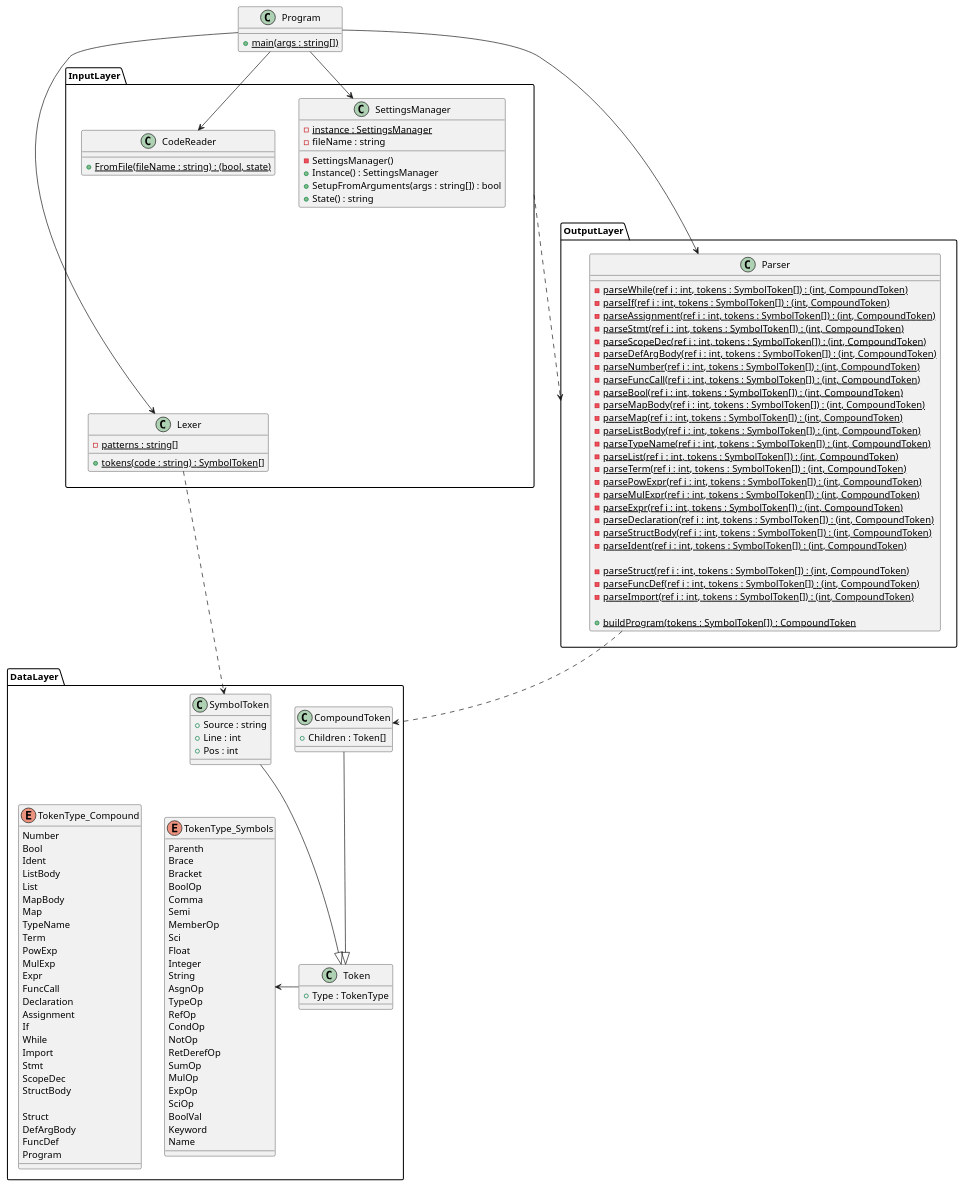
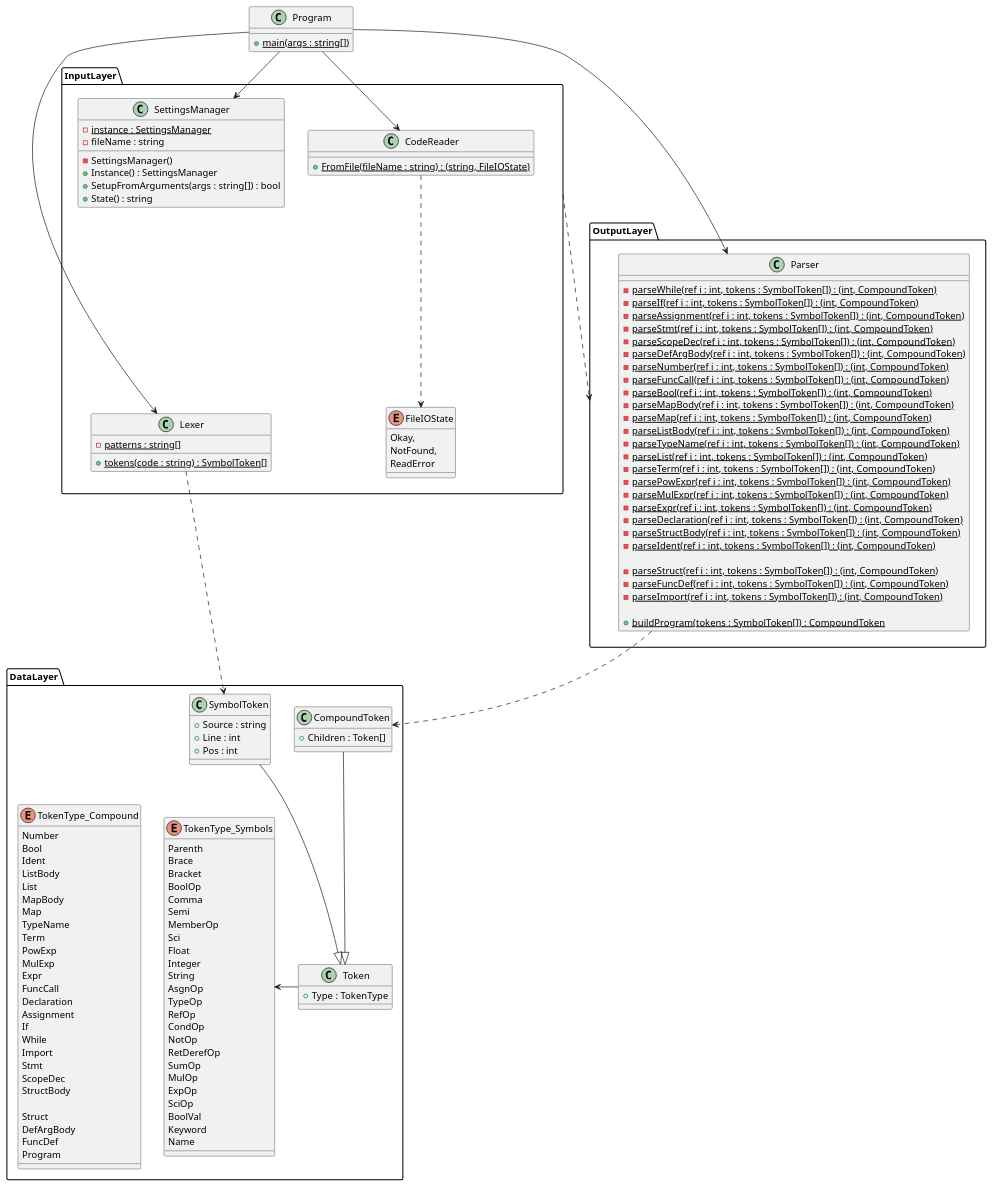
Before and after one commit to blueOkiris/dylan-script: the diagram in docs/parser.plantuml, drawn with PlantUML. The commit also changed 3 other files, not shown here.

```diff
--- a/docs/parser.plantuml
+++ b/docs/parser.plantuml
@@ -1,150 +1,157 @@
 @startuml parser-class
 
 class Program {
     + {static} main(args : string[])
 }
 
 namespace DataLayer {
     enum TokenType_Symbols {
         Parenth
         Brace
         Bracket
         BoolOp
         Comma
         Semi
         MemberOp
         Sci
         Float
         Integer
         String
         AsgnOp
         TypeOp
         RefOp
         CondOp
         NotOp
         RetDerefOp
         SumOp
         MulOp
         ExpOp
         SciOp
         BoolVal
         Keyword
         Name
     }
 
     enum TokenType_Compound {
         Number
         Bool
         Ident
         ListBody
         List
         MapBody
         Map
         TypeName
         Term
         PowExp
         MulExp
         Expr
         FuncCall
         Declaration
         Assignment
         If
         While
         Import
         Stmt
         ScopeDec
         StructBody
 
         Struct
         DefArgBody
         FuncDef
         Program
     }
 
     class Token {
         + Type : TokenType
     }
 
     class SymbolToken {
         + Source : string
         + Line : int
         + Pos : int
     }
 
     class CompoundToken {
         + Children : Token[]
     }
 
     Token -l-> TokenType_Symbols
     TokenType_Compound -[hidden]> TokenType_Symbols
     SymbolToken -d-|> Token
     CompoundToken -d-|> Token
 
     SymbolToken -[hidden]> CompoundToken
 }
 
 namespace InputLayer {
+    enum FileIOState {
+        Okay,
+        NotFound,
+        ReadError
+    }
+
     class SettingsManager {
         - {static} instance : SettingsManager
         - fileName : string
         
         - SettingsManager()
         + Instance() : SettingsManager
         + SetupFromArguments(args : string[]) : bool
         + State() : string
     }
 
     class CodeReader {
-        + {static} FromFile(fileName : string) : (bool, state)
+        + {static} FromFile(fileName : string) : (string, FileIOState)
     }
 
     class Lexer {
         - {static} patterns : string[]
         + {static} tokens(code : string) : SymbolToken[]
     }
 
-    CodeReader -[hidden]-> Lexer
+    CodeReader .d.> FileIOState
+    SettingsManager -[hidden]-> Lexer
 }
 
 namespace OutputLayer {
     class Parser {
         - {static} parseWhile(ref i : int, tokens : SymbolToken[]) : (int, CompoundToken)
         - {static} parseIf(ref i : int, tokens : SymbolToken[]) : (int, CompoundToken)
         - {static} parseAssignment(ref i : int, tokens : SymbolToken[]) : (int, CompoundToken)
         - {static} parseStmt(ref i : int, tokens : SymbolToken[]) : (int, CompoundToken)
         - {static} parseScopeDec(ref i : int, tokens : SymbolToken[]) : (int, CompoundToken)
         - {static} parseDefArgBody(ref i : int, tokens : SymbolToken[]) : (int, CompoundToken)
         - {static} parseNumber(ref i : int, tokens : SymbolToken[]) : (int, CompoundToken)
         - {static} parseFuncCall(ref i : int, tokens : SymbolToken[]) : (int, CompoundToken)
         - {static} parseBool(ref i : int, tokens : SymbolToken[]) : (int, CompoundToken)
         - {static} parseMapBody(ref i : int, tokens : SymbolToken[]) : (int, CompoundToken)
         - {static} parseMap(ref i : int, tokens : SymbolToken[]) : (int, CompoundToken)
         - {static} parseListBody(ref i : int, tokens : SymbolToken[]) : (int, CompoundToken)
         - {static} parseTypeName(ref i : int, tokens : SymbolToken[]) : (int, CompoundToken)
         - {static} parseList(ref i : int, tokens : SymbolToken[]) : (int, CompoundToken)
         - {static} parseTerm(ref i : int, tokens : SymbolToken[]) : (int, CompoundToken)
         - {static} parsePowExpr(ref i : int, tokens : SymbolToken[]) : (int, CompoundToken)
         - {static} parseMulExpr(ref i : int, tokens : SymbolToken[]) : (int, CompoundToken)
         - {static} parseExpr(ref i : int, tokens : SymbolToken[]) : (int, CompoundToken)
         - {static} parseDeclaration(ref i : int, tokens : SymbolToken[]) : (int, CompoundToken)
         - {static} parseStructBody(ref i : int, tokens : SymbolToken[]) : (int, CompoundToken)
         - {static} parseIdent(ref i : int, tokens : SymbolToken[]) : (int, CompoundToken)
 
         - {static} parseStruct(ref i : int, tokens : SymbolToken[]) : (int, CompoundToken)
         - {static} parseFuncDef(ref i : int, tokens : SymbolToken[]) : (int, CompoundToken)
         - {static} parseImport(ref i : int, tokens : SymbolToken[]) : (int, CompoundToken)
 
         + {static} buildProgram(tokens : SymbolToken[]) : CompoundToken
     }
 }
 
 Program --> InputLayer.SettingsManager
 Program --> InputLayer.CodeReader
 Program --> InputLayer.Lexer
 Program ---> OutputLayer.Parser
 InputLayer.Lexer .d.> DataLayer.SymbolToken
 OutputLayer.Parser .d.> DataLayer.CompoundToken
 
 InputLayer ..r.> OutputLayer
 
 @enduml
```
